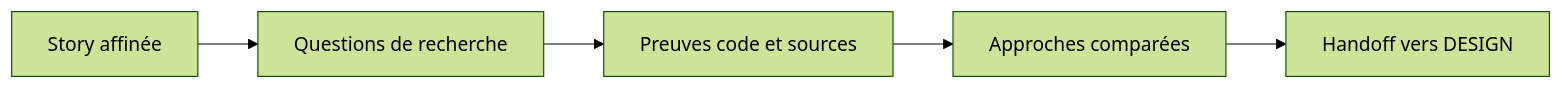
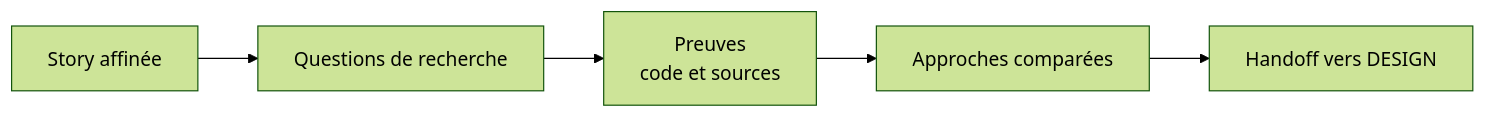
Before and after one commit to SebastienDegodez/skraft-plugin: the diagram in docs/site/fr/explanation/pipeline/research.md, drawn with Mermaid (forest theme). The commit also changed other lines of this file and 17 other files, not shown here.

````diff
--- a/docs/site/fr/explanation/pipeline/research.md
+++ b/docs/site/fr/explanation/pipeline/research.md
@@ -25,7 +44,7 @@
 ```mermaid
 graph LR
     S[Story affinée] --> Q[Questions de recherche]
-    Q --> E[Preuves code et sources]
+    Q --> E[Preuves<br/>code et sources]
     E --> C[Approches comparées]
     C --> H[Handoff vers DESIGN]
 ```
````
